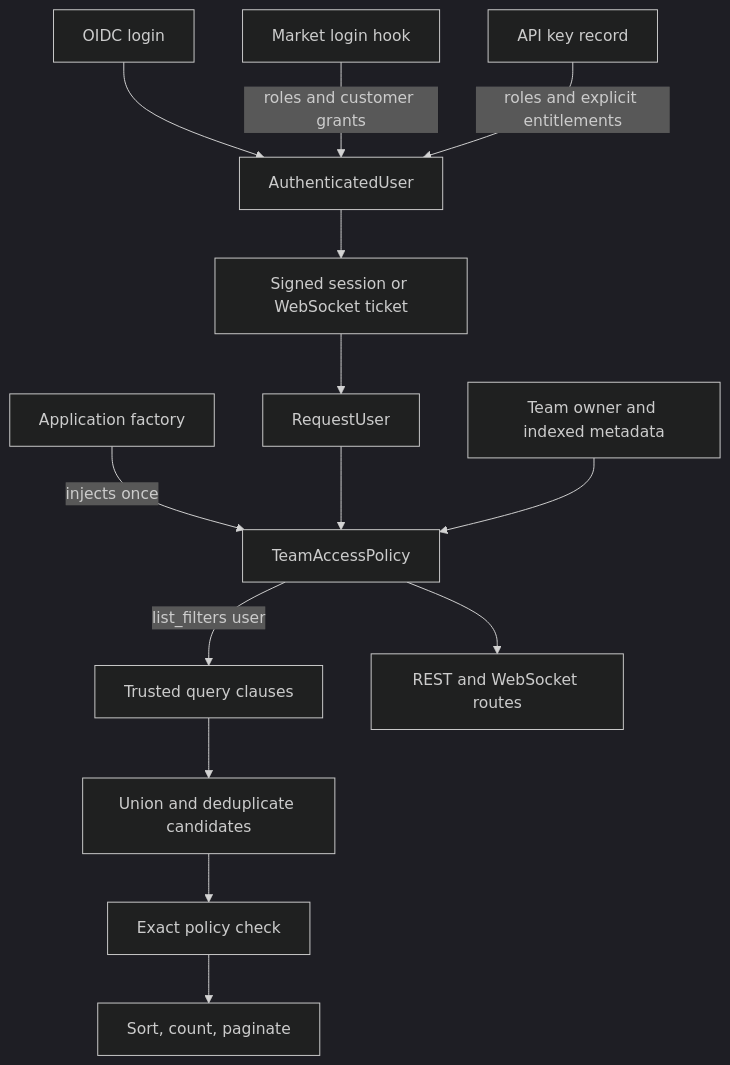
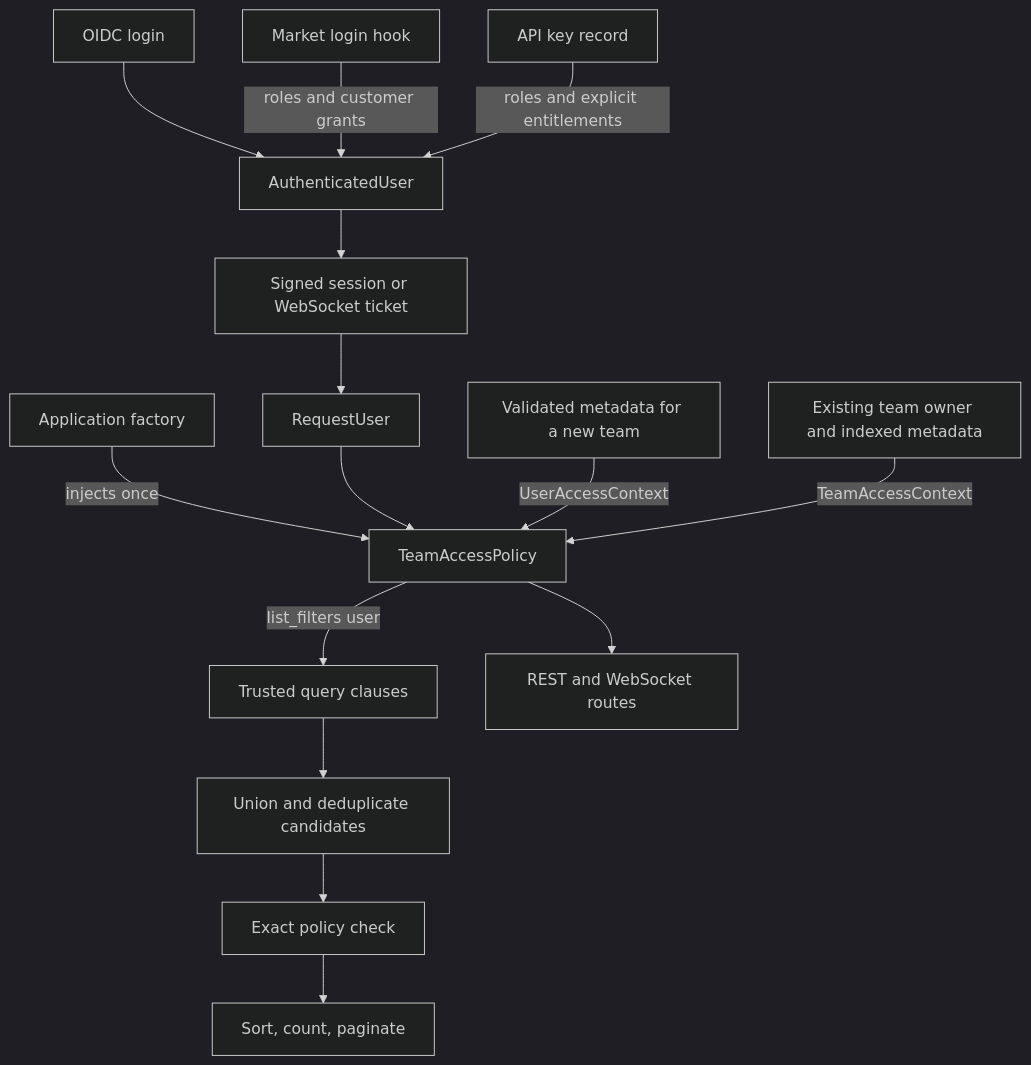
Before and after one commit to b12consulting/akgentic-infra: the diagram in docs/team-access-policy-decisions.md, drawn with Mermaid (dark theme). The commit also changed other lines of this file and 7 other files, not shown here.

Commit message:
refactor(infra): add user creation access context

````diff
--- a/docs/team-access-policy-decisions.md
+++ b/docs/team-access-policy-decisions.md
@@ -25,18 +25,19 @@
 ```mermaid
 flowchart TD
     OIDC[OIDC login] --> AUTH[AuthenticatedUser]
     HOOK[Market login hook] -->|roles and customer grants| AUTH
     KEY[API key record] -->|roles and explicit entitlements| AUTH
     AUTH --> SESSION[Signed session or WebSocket ticket]
     SESSION --> USER[RequestUser]
 
     BUILD[Application factory] -->|injects once| POLICY[TeamAccessPolicy]
     USER --> POLICY
     POLICY -->|list_filters user| CLAUSES[Trusted query clauses]
     CLAUSES --> CANDIDATES[Union and deduplicate candidates]
     CANDIDATES --> EXACT[Exact policy check]
     EXACT --> PAGE[Sort, count, paginate]
 
-    TEAM[Team owner and indexed metadata] --> POLICY
+    NEW[Validated metadata for a new team] -->|UserAccessContext| POLICY
+    TEAM[Existing team owner and indexed metadata] -->|TeamAccessContext| POLICY
     POLICY --> ROUTES[REST and WebSocket routes]
 ```
````
